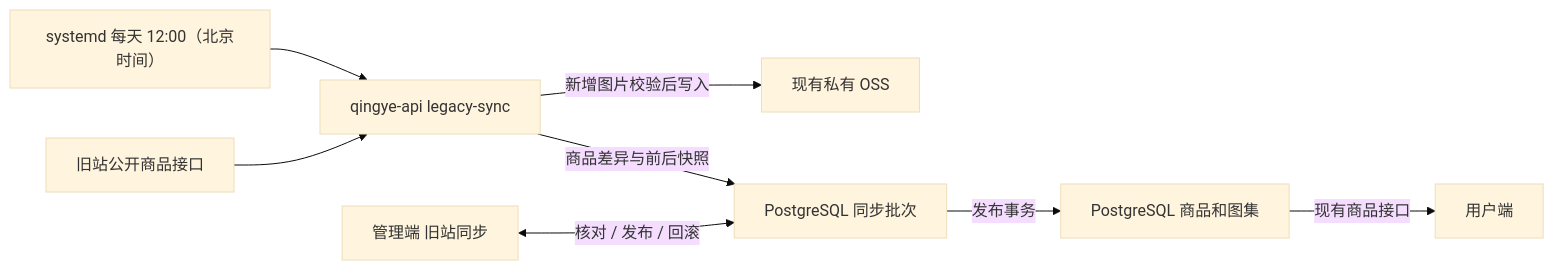
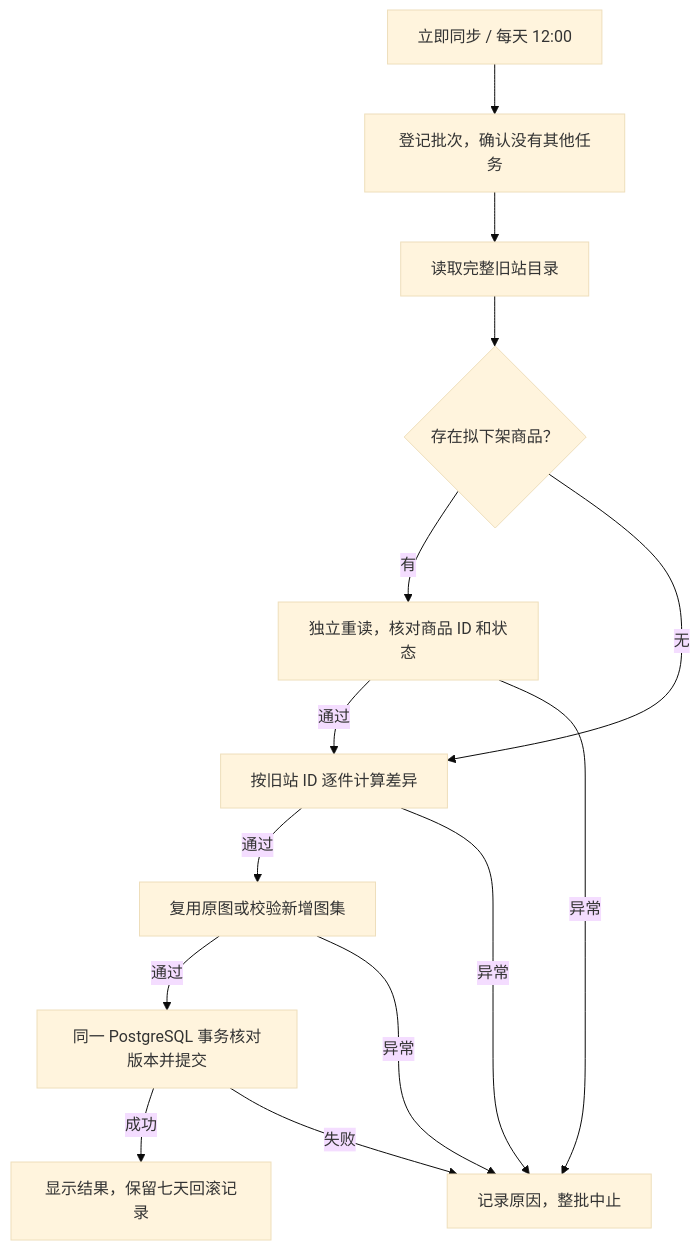
Before and after one commit to ZhaoZan010903/QingYeGame: the diagram in 代码/部署/qingye-production/README--旧站商品同步.md, drawn with Mermaid (base theme). The commit also changed other lines of this file and 19 other files, not shown here.

````diff
--- a/代码/部署/qingye-production/README--旧站商品同步.md
+++ b/代码/部署/qingye-production/README--旧站商品同步.md
@@ -11,10 +11,16 @@
 ```mermaid
-flowchart LR
-    Timer["systemd 每天 12:00（北京时间）"] --> Job["qingye-api legacy-sync"]
-    Legacy["旧站公开商品接口"] --> Job
-    Job -->|新增图片校验后写入| OSS["现有私有 OSS"]
-    Job -->|商品差异与前后快照| Batch["PostgreSQL 同步批次"]
-    Admin["管理端 旧站同步"] <-->|核对 / 发布 / 回滚| Batch
-    Batch -->|发布事务| Catalog["PostgreSQL 商品和图集"]
-    Catalog -->|现有商品接口| Public["用户端"]
+flowchart TD
+    Trigger["立即同步 / 每天 12:00"] --> Reserve["登记批次，确认没有其他任务"]
+    Reserve --> Read["读取完整旧站目录"]
+    Read --> Down{"存在拟下架商品？"}
+    Down -->|有| Verify["独立重读，核对商品 ID 和状态"]
+    Down -->|无| Compare["按旧站 ID 逐件计算差异"]
+    Verify -->|通过| Compare
+    Verify -->|异常| Stop["记录原因，整批中止"]
+    Compare -->|通过| Media["复用原图或校验新增图集"]
+    Compare -->|异常| Stop
+    Media -->|通过| Commit["同一 PostgreSQL 事务核对版本并提交"]
+    Media -->|异常| Stop
+    Commit -->|成功| Result["显示结果，保留七天回滚记录"]
+    Commit -->|失败| Stop
 ```
````
